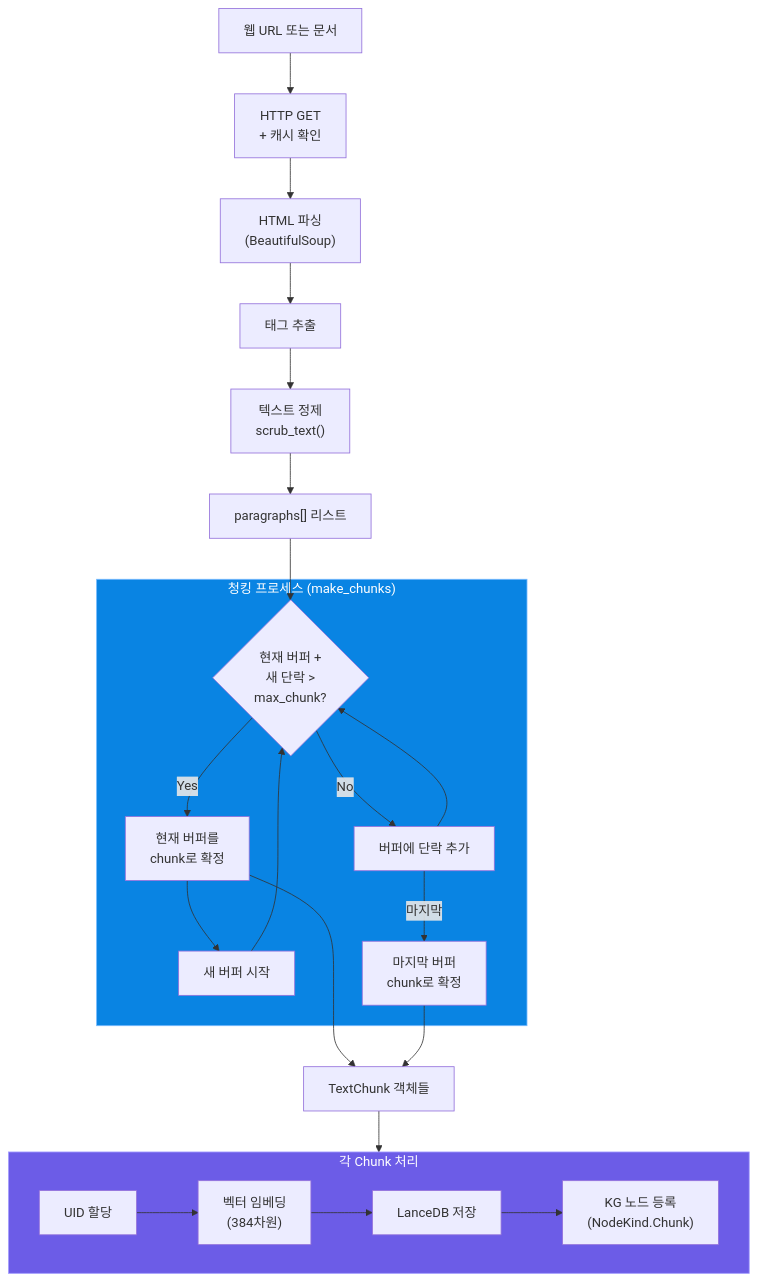
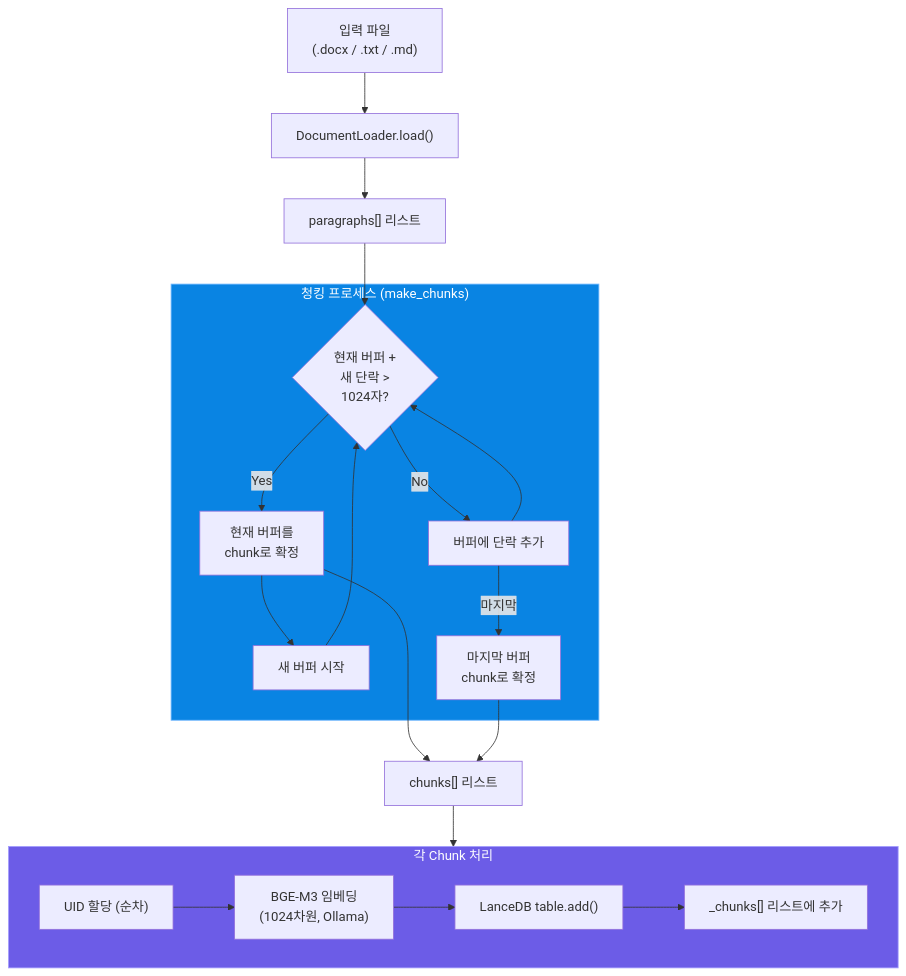
One commit to laurus-kpa007/GraphRAG-Senzing changed the fifth of 11 diagrams in docs/03_user_and_data_workflow.md. Above: the diagram before and after it, drawn with Mermaid. The commit also changed other lines of this file and 4 other files, not shown here.

````diff
--- a/docs/03_user_and_data_workflow.md
+++ b/docs/03_user_and_data_workflow.md
@@ -239,43 +202,40 @@
 ```mermaid
 flowchart TD
-    URL["웹 URL 또는 문서"]
-    FETCH["HTTP GET\n+ 캐시 확인"]
-    HTML_PARSE["HTML 파싱\n(BeautifulSoup)"]
-    EXTRACT_P["<p> 태그 추출"]
-    SCRUB["텍스트 정제\nscrub_text()"]
+    FILE["입력 파일\n(.docx / .txt / .md)"]
+    LOAD["DocumentLoader.load()"]
     PARAS["paragraphs[] 리스트"]
 
     subgraph CHUNKING["청킹 프로세스 (make_chunks)"]
-        CHECK_SIZE{"현재 버퍼 +\n새 단락 >\nmax_chunk?"}
+        CHECK_SIZE{"현재 버퍼 +\n새 단락 >\n1024자?"}
         ADD_PARA["버퍼에 단락 추가"]
         FLUSH["현재 버퍼를\nchunk로 확정"]
         NEW_BUF["새 버퍼 시작"]
         FINAL["마지막 버퍼\nchunk로 확정"]
     end
 
-    CHUNK_OUT["TextChunk 객체들"]
+    CHUNK_OUT["chunks[] 리스트"]
 
     subgraph PER_CHUNK["각 Chunk 처리"]
-        ASSIGN_UID["UID 할당"]
-        EMBED["벡터 임베딩\n(384차원)"]
-        LANCE_ADD["LanceDB 저장"]
-        KG_LINK["KG 노드 등록\n(NodeKind.Chunk)"]
+        ASSIGN_UID["UID 할당 (순차)"]
+        EMBED["BGE-M3 임베딩\n(1024차원, Ollama)"]
+        LANCE_ADD["LanceDB table.add()"]
+        MEM_ADD["_chunks[] 리스트에 추가"]
     end
 
-    URL --> FETCH --> HTML_PARSE --> EXTRACT_P --> SCRUB --> PARAS
+    FILE --> LOAD --> PARAS
 
     PARAS --> CHECK_SIZE
     CHECK_SIZE -->|No| ADD_PARA --> CHECK_SIZE
     CHECK_SIZE -->|Yes| FLUSH --> NEW_BUF --> CHECK_SIZE
     ADD_PARA -->|마지막| FINAL
 
     FLUSH --> CHUNK_OUT
     FINAL --> CHUNK_OUT
 
     CHUNK_OUT --> PER_CHUNK
     ASSIGN_UID --> EMBED --> LANCE_ADD
-    LANCE_ADD --> KG_LINK
+    LANCE_ADD --> MEM_ADD
 
     style CHUNKING fill:#0984e3,stroke:#74b9ff,color:#fff
     style PER_CHUNK fill:#6c5ce7,stroke:#a29bfe,color:#fff
 ```
````
